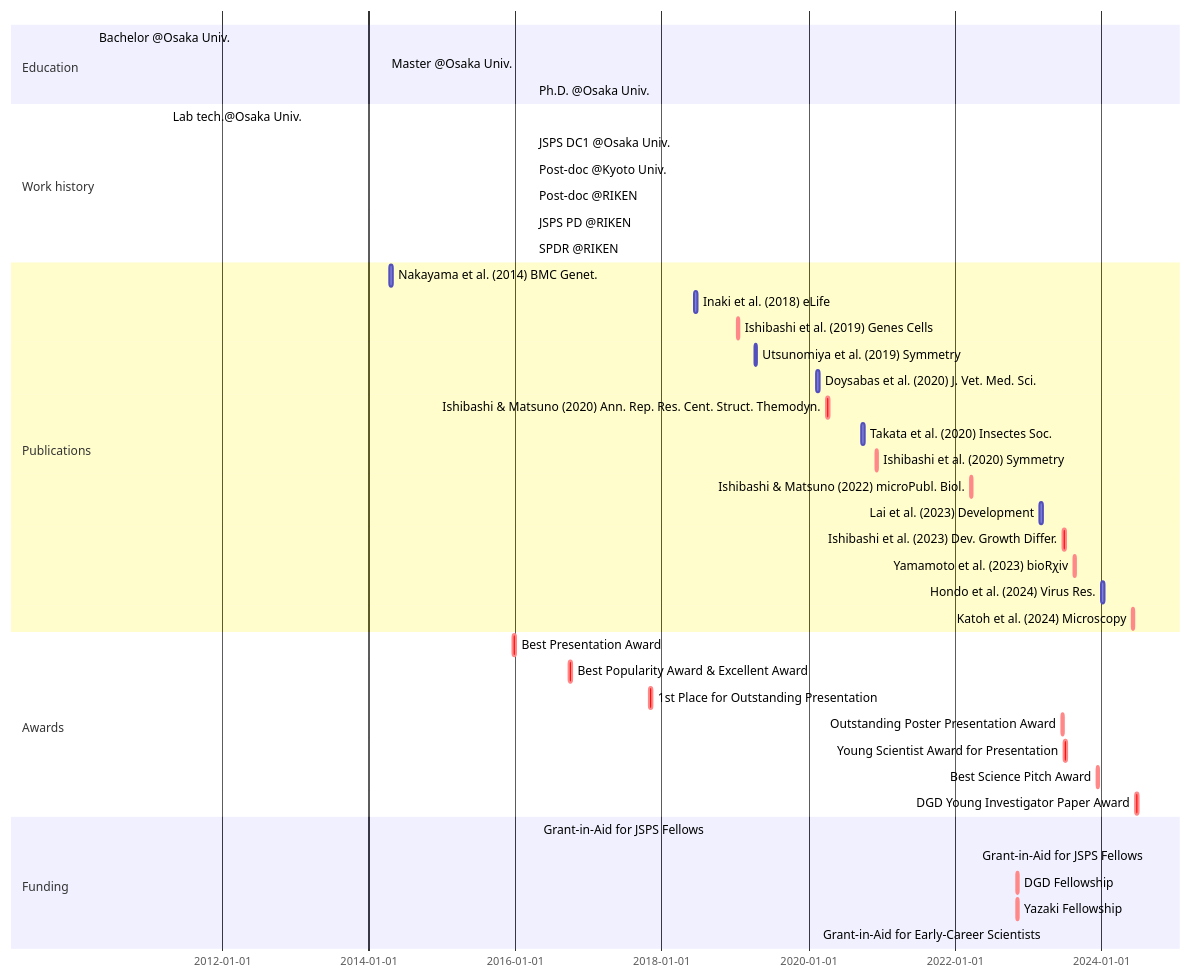
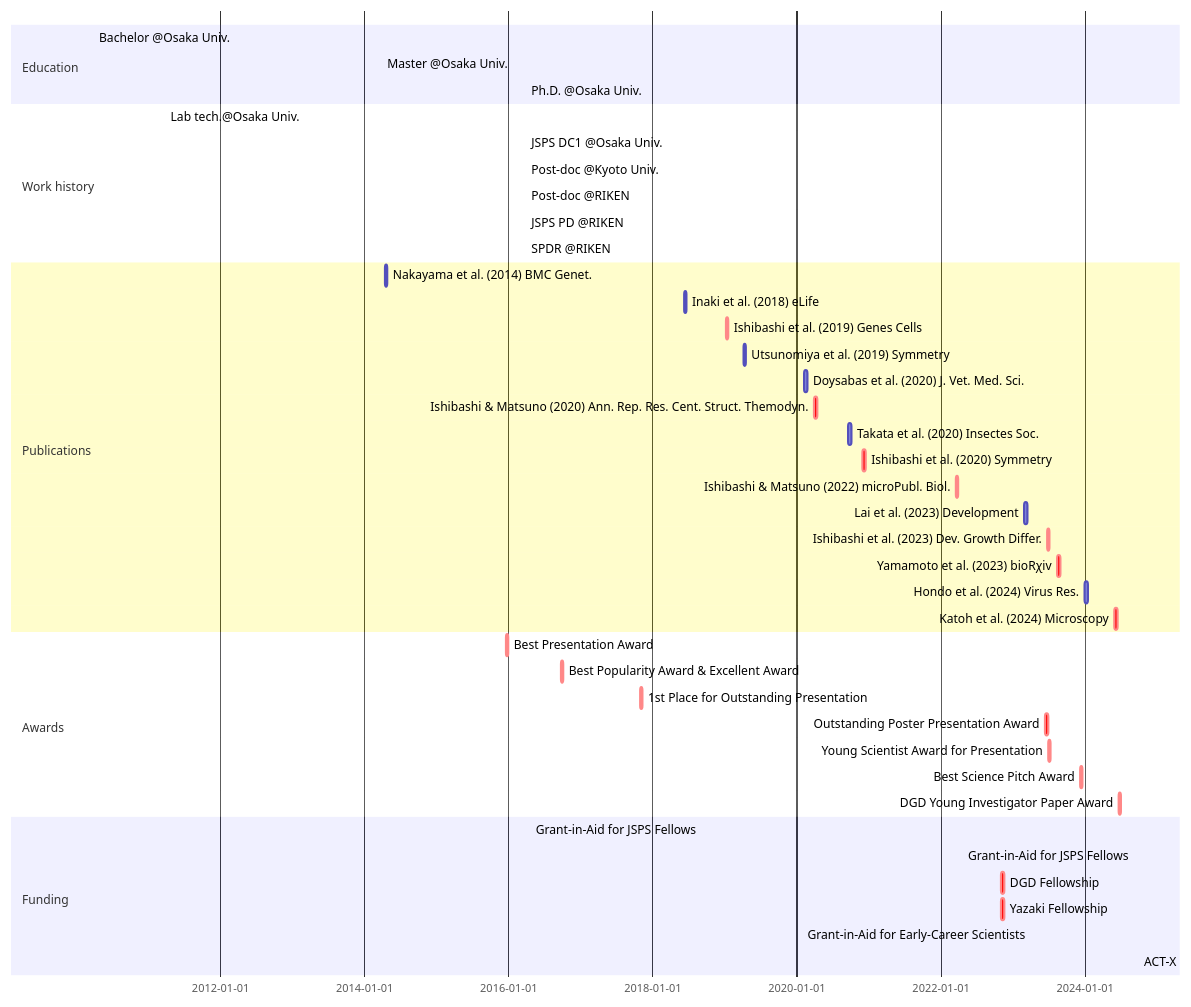
The diagram in _includes/mermaid-cv.md (ishibaki/ishibaki.github.io), drawn with Mermaid before and after one commit.

````diff
--- a/_includes/mermaid-cv.md
+++ b/_includes/mermaid-cv.md
@@ -1,44 +1,45 @@
 ```mermaid
 gantt
 section Education
   Bachelor @Osaka Univ. : BS, 2010-04-01, 2014-03-25
   Master @Osaka Univ.   : MS, 2014-04-01, 2016-03-28
   Ph.D. @Osaka Univ.    : Ph.D., 2016-04-01, 2019-03-25
 section Work history
   Lab tech.@Osaka Univ.     : done, OU-tech, 2011-04-01, 2012-03-31
   JSPS DC1 @Osaka Univ.     : done, DC1, 2016-04-01, 2019-03-31
   Post-doc @Kyoto Univ.     : done, KU-postdoc, after DC1, 2021-04-30
   Post-doc @RIKEN           : done, RIKEN-postdoc, after KU-postdoc, 2022-03-31
   JSPS PD @RIKEN            : done, PD, after RIKEN-postdoc, 2023-03-31
   SPDR @RIKEN               : active, SPDR, after PD, 2026-03-31
 section Publications
   Nakayama et al. (2014) BMC Genet.           :       nakayama2014, 2014-04-16, 2w
   Inaki et al. (2018) eLife                   :       inaki2018, 2018-06-12, 2w
   Ishibashi et al. (2019) Genes Cells         : crit, ishibashi2019, 2019-01-09, 2w
   Utsunomiya et al. (2019) Symmetry           :       utsunomiya2019, 2019-04-08, 2w
   Doysabas et al. (2020) J. Vet. Med. Sci.    :       doysabas2020, 2020-02-12, 2w
   Ishibashi & Matsuno (2020) Ann. Rep. Res. Cent. Struct. Themodyn. : crit, ishibashi2020a, 2020-04-01, 2w
   Takata et al. (2020) Insectes Soc.          :       takata2020, 2020-09-22, 2w
   Ishibashi et al. (2020) Symmetry            : crit, ishibashi2020b, 2020-12-02, 2w
   Ishibashi & Matsuno (2022) microPubl. Biol. : crit, ishibashi2022, 2022-03-18, 2w
   Lai et al. (2023) Development               :       lai2023, 2023-03-02, 2w
   Ishibashi et al. (2023) Dev. Growth Differ. : crit, ishibashi2023, 2023-06-25, 2w
   Yamamoto et al. (2023) bioRχiv              : crit, yamamoto2023, 2023-08-16, 2w
   Hondo et al. (2024) Virus Res.              :       hondo2024, 2024-01-02, 2w
   Katoh et al. (2024) Microscopy              : crit, katoh2024, 2024-06-01, 2w
 section Awards
   Best Presentation Award                  : crit, aw_1, 2015-12-20, 2w
   Best Popularity Award & Excellent Award  : crit, aw_2, 2016-09-25, 2w
 %%  Excellent Award                          : crit, aw_3, 2016-09-25, 2w
   1st Place for Outstanding Presentation   : crit, aw_4, 2017-11-01, 2w
   Outstanding Poster Presentation Award    : crit, aw_5, 2023-06-15, 2w
   Young Scientist Award for Presentation   : crit, aw_6, 2023-06-29, 2w
   Best Science Pitch Award                 : crit, aw_7, 2023-12-08, 2w
   DGD Young Investigator Paper Award       : crit, aw_8, 2024-06-21, 2w
 section Funding
   Grant-in-Aid for JSPS Fellows             : done, grant_DC1, 2016-04-22, 2019-03-31
   Grant-in-Aid for JSPS Fellows             : active, grant_PD, 2022-04-22, 2025-03-31
   DGD Fellowship                            : crit, dgd_fellowship, 2022-11-04, 2w
   Yazaki Fellowship                         : crit, yazaki_fellowship, 2022-11-04, 2w
   Grant-in-Aid for Early-Career Scientists  : active, grant_ecs2023, 2023-04-01, 2026-03-31
+  ACT-X                                     : active, ACT-X2024, 2024-10-01, 2027-03-31
 ```
````
